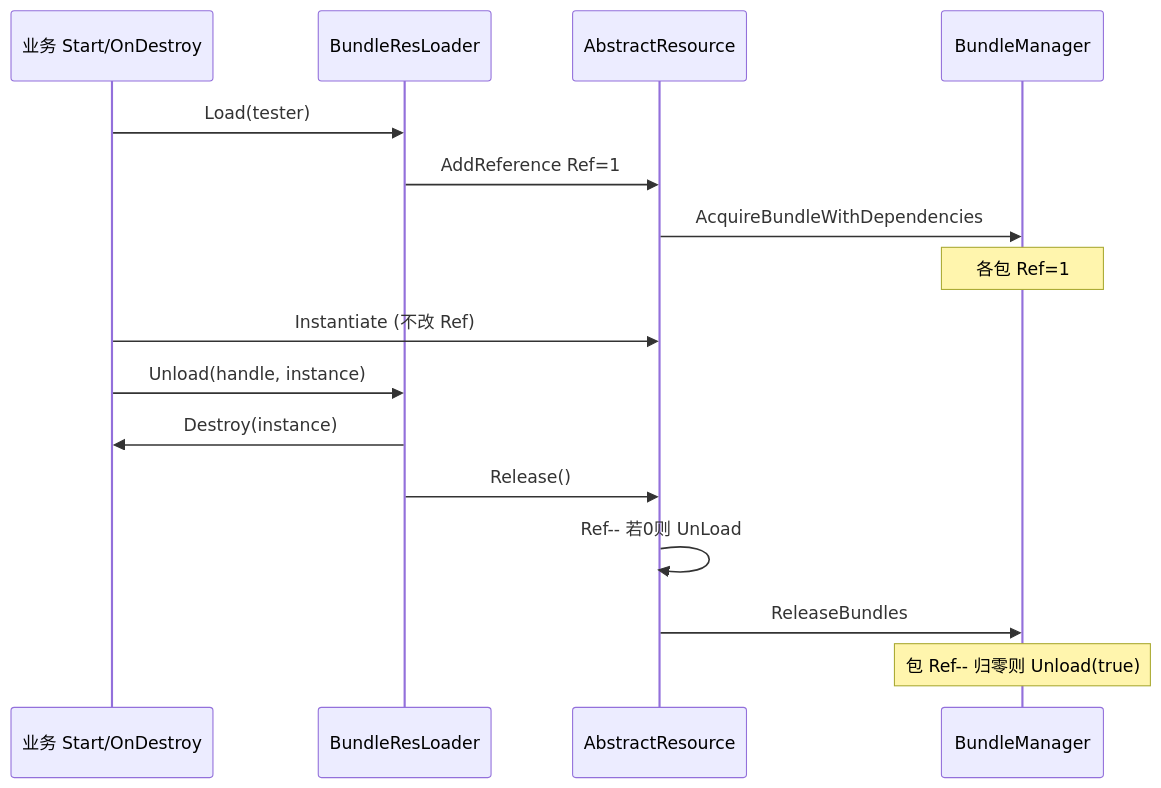
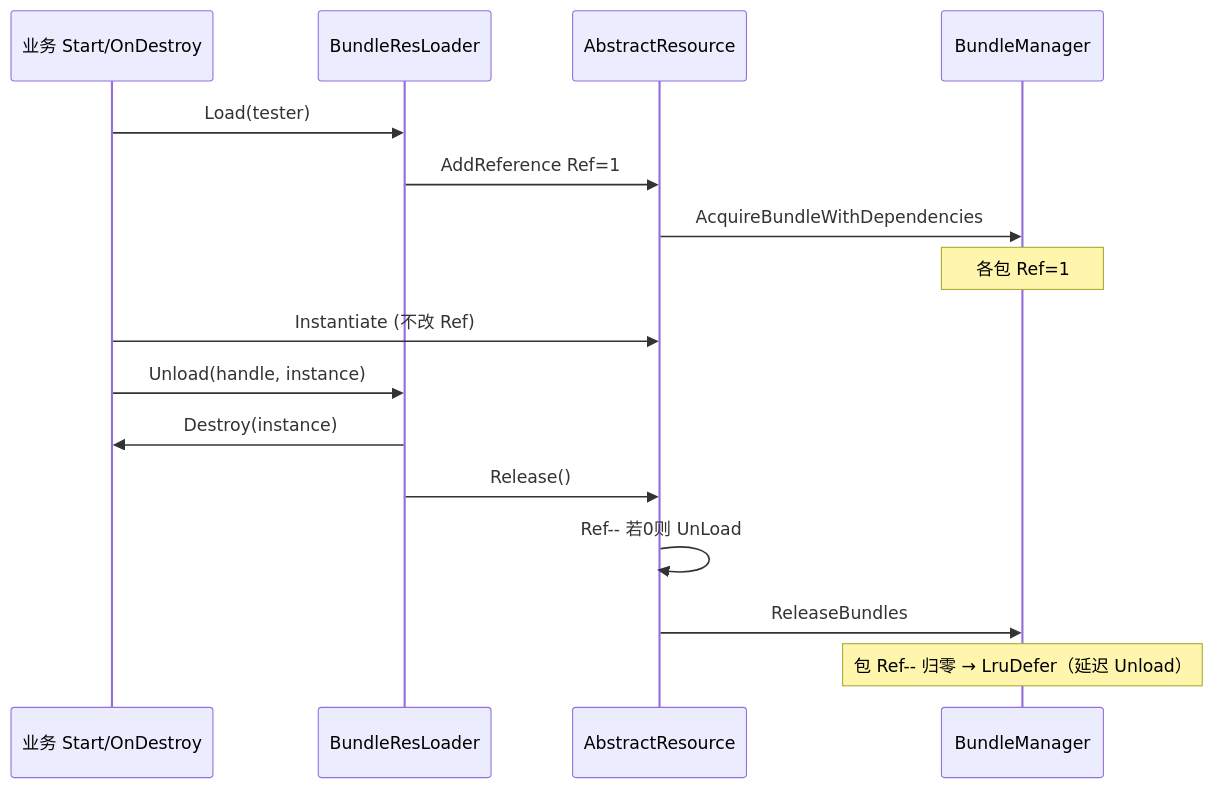
The diagram in vframework/Assets/vFramework/BaseFramework/BaseAssetSys/Docs/RefCountAppendix.md (Newzhi/vframework4UnityGame), drawn with Mermaid before and after one commit. The commit also changed other lines of this file and 46 other files, not shown here.

````diff
--- a/vframework/Assets/vFramework/BaseFramework/BaseAssetSys/Docs/RefCountAppendix.md
+++ b/vframework/Assets/vFramework/BaseFramework/BaseAssetSys/Docs/RefCountAppendix.md
@@ -62,20 +62,20 @@
 ```mermaid
 sequenceDiagram
     participant Biz as 业务 Start/OnDestroy
     participant BRL as BundleResLoader
     participant AR as AbstractResource
     participant BM as BundleManager
 
     Biz->>BRL: Load(tester)
     BRL->>AR: AddReference Ref=1
     AR->>BM: AcquireBundleWithDependencies
     Note over BM: 各包 Ref=1
     Biz->>AR: Instantiate (不改 Ref)
 
     Biz->>BRL: Unload(handle, instance)
     BRL->>Biz: Destroy(instance)
     BRL->>AR: Release()
     AR->>AR: Ref-- 若0则 UnLoad
     AR->>BM: ReleaseBundles
-    Note over BM: 包 Ref-- 归零则 Unload(true)
+    Note over BM: 包 Ref-- 归零 → LruDefer（延迟 Unload）
 ```
````
